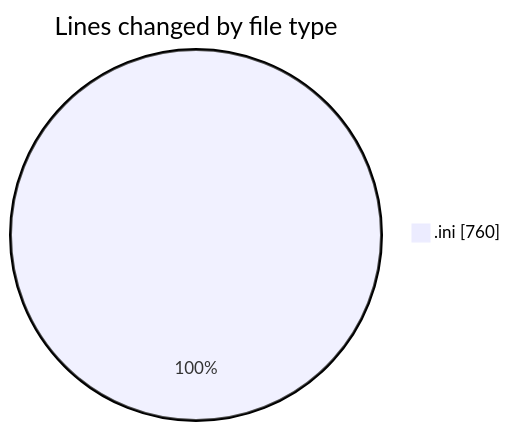
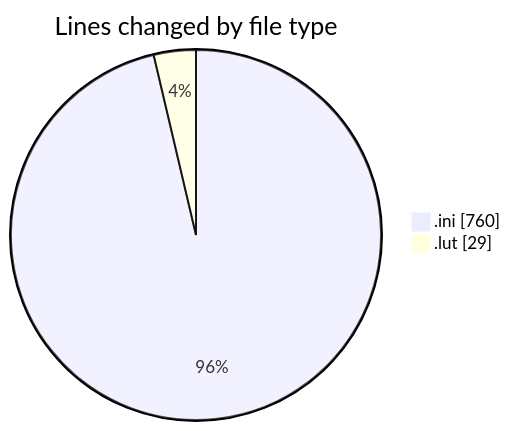
The first of 2 diagrams in 2025-08-03/data/README.md (Netris89/code-tracking), drawn with Mermaid before and after one commit. The commit also changed other lines of this file and 1 other file, not shown here.

````diff
--- a/2025-08-03/data/README.md
+++ b/2025-08-03/data/README.md
@@ -20,5 +21,6 @@
 ```mermaid
 pie showData
 title Lines changed by file type
 ".ini" : 760
+".lut" : 29
 ```
````
